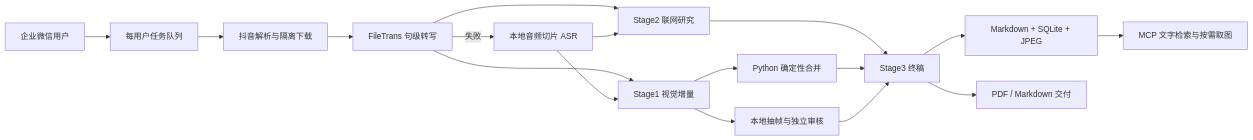
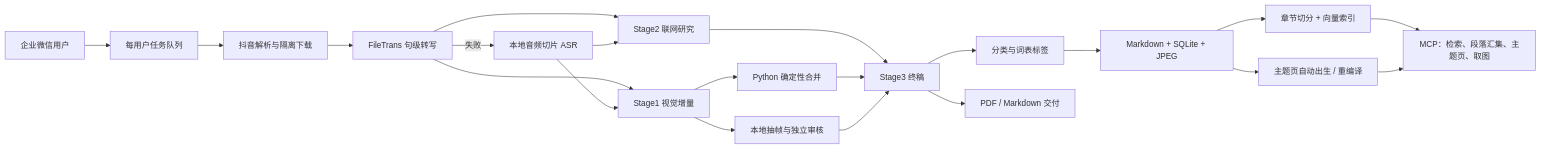
The diagram in README.md (skepty2333/Douyin-full-stack-summarizer), drawn with Mermaid before and after one commit. The commit also changed other lines of this file and 1 other file, not shown here.

````diff
--- a/README.md
+++ b/README.md
@@ -17,19 +19,23 @@
 ```mermaid
 flowchart LR
     User["企业微信用户"] --> Queue["每用户任务队列"]
     Queue --> Parser["抖音解析与隔离下载"]
     Parser --> ASR["FileTrans 句级转写"]
     ASR -->|"失败"| Fallback["本地音频切片 ASR"]
     ASR --> Visual["Stage1 视觉增量"]
     ASR --> Research["Stage2 联网研究"]
     Fallback --> Visual
     Fallback --> Research
     Visual --> Merge["Python 确定性合并"]
     Visual --> Frames["本地抽帧与独立审核"]
     Research --> Final["Stage3 终稿"]
     Merge --> Final
     Frames --> Final
-    Final --> Store["Markdown + SQLite + JPEG"]
+    Final --> Classify["分类与词表标签"]
+    Classify --> Store["Markdown + SQLite + JPEG"]
     Final --> PDF["PDF / Markdown 交付"]
-    Store --> MCP["MCP 文字检索与按需取图"]
+    Store --> Index["章节切分 + 向量索引"]
+    Store --> Topics["主题页自动出生 / 重编译"]
+    Index --> MCP["MCP：检索、段落汇集、主题页、取图"]
+    Topics --> MCP
 ```
````
